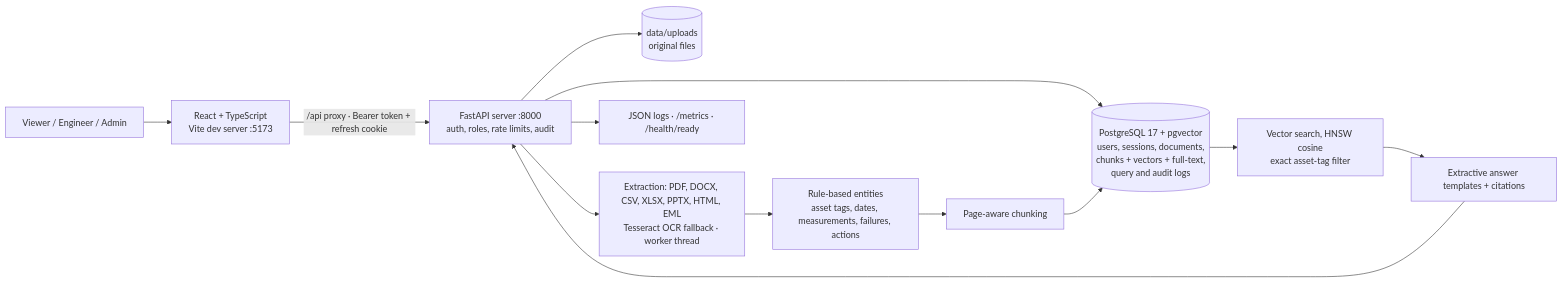
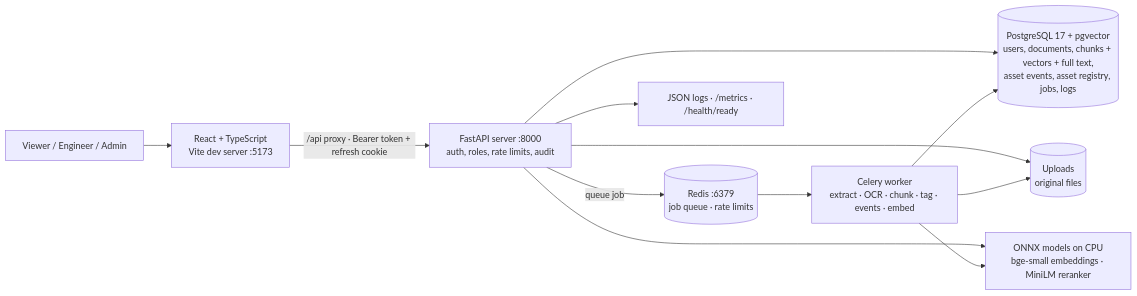
The first of 2 diagrams in docs/architecture.md (Balavigneshcse/IndustrialBrain), drawn with Mermaid before and after one commit. The commit also changed other lines of this file and 9 other files, not shown here.

````diff
--- a/docs/architecture.md
+++ b/docs/architecture.md
@@ -7,15 +7,14 @@
 ```mermaid
 flowchart LR
     U[Viewer / Engineer / Admin] --> R[React + TypeScript<br/>Vite dev server :5173]
     R -->|/api proxy · Bearer token + refresh cookie| S[FastAPI server :8000<br/>auth, roles, rate limits, audit]
-    S --> PG[(PostgreSQL 17 + pgvector<br/>users, sessions, documents,<br/>chunks + vectors + full-text,<br/>query and audit logs)]
-    S --> FILES[(data/uploads<br/>original files)]
-    S --> EX[Extraction: PDF, DOCX, CSV, XLSX, PPTX, HTML, EML<br/>Tesseract OCR fallback · worker thread]
-    EX --> ENT[Rule-based entities<br/>asset tags, dates, measurements, failures, actions]
-    ENT --> CHUNK[Page-aware chunking]
-    CHUNK --> PG
-    PG --> RET[Vector search, HNSW cosine<br/>exact asset-tag filter]
-    RET --> ANS[Extractive answer templates + citations]
-    ANS --> S
+    S -->|queue job| Q[(Redis :6379<br/>job queue · rate limits)]
+    Q --> W[Celery worker<br/>extract · OCR · chunk · tag · events · embed]
+    S --> PG[(PostgreSQL 17 + pgvector<br/>users, documents, chunks + vectors + full text,<br/>asset events, asset registry, jobs, logs)]
+    W --> PG
+    S --> FILES[(Uploads<br/>original files)]
+    W --> FILES
+    S --> M[ONNX models on CPU<br/>bge-small embeddings · MiniLM reranker]
+    W --> M
     S --> OBS[JSON logs · /metrics · /health/ready]
 ```
````
